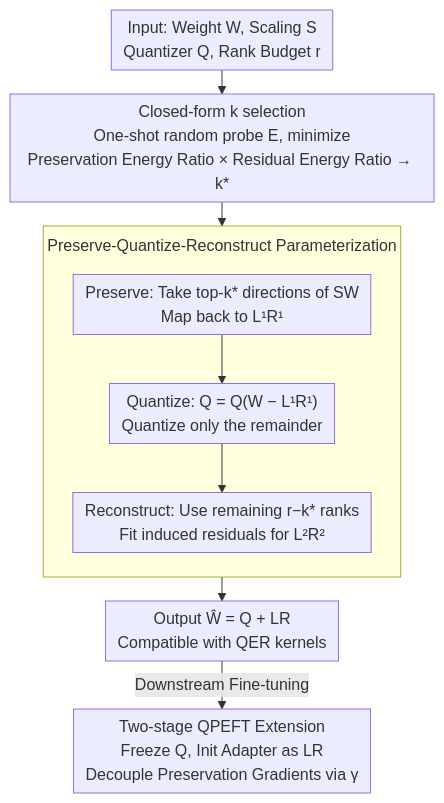
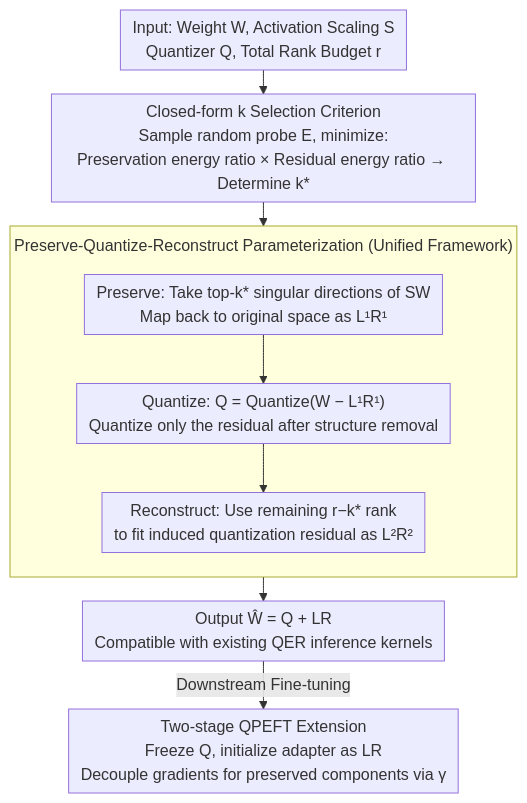
The diagram in docs/ICML2026/model_compression/preserve-then-quantize_balancing_rank_budgets_for_quantization_error_reconstruct.md (zhaoyang97/Paper-Notes-en), drawn with Mermaid before and after one commit. The commit also changed other lines of this file and 5084 other files, not shown here.

````diff
--- a/docs/ICML2026/model_compression/preserve-then-quantize_balancing_rank_budgets_for_quantization_error_reconstruct.md
+++ b/docs/ICML2026/model_compression/preserve-then-quantize_balancing_rank_budgets_for_quantization_error_reconstruct.md
@@ -44,13 +44,13 @@
 ```mermaid
 %%{init: {'flowchart': {'rankSpacing': 24, 'nodeSpacing': 28, 'padding': 6, 'wrappingWidth': 400, 'subGraphTitleMargin': {'top': 8, 'bottom': 16}}}}%%
 flowchart TD
-    A["Input: Weight W, Scaling S<br/>Quantizer Q, Rank Budget r"] --> B["Closed-form k selection<br/>One-shot random probe E, minimize<br/>Preservation Energy Ratio × Residual Energy Ratio → k*"]
+    A["Input: Weight W, Activation Scaling S<br/>Quantizer Q, Total Rank Budget r"] --> B["Closed-form k Selection Criterion<br/>Sample random probe E, minimize:<br/>Preservation energy ratio × Residual energy ratio → Determine k*"]
     B --> C
-    subgraph C["Preserve-Quantize-Reconstruct Parameterization"]
+    subgraph C["Preserve-Quantize-Reconstruct Parameterization (Unified Framework)"]
         direction TB
-        C1["Preserve: Take top-k* directions of SW<br/>Map back to L¹R¹"] --> C2["Quantize: Q = Q(W − L¹R¹)<br/>Quantize only the remainder"]
-        C2 --> C3["Reconstruct: Use remaining r−k* ranks<br/>Fit induced residuals for L²R²"]
+        C1["Preserve: Take top-k* singular directions of SW<br/>Map back to original space as L¹R¹"] --> C2["Quantize: Q = Quantize(W − L¹R¹)<br/>Quantize only the residual after structure removal"]
+        C2 --> C3["Reconstruct: Use remaining r−k* rank<br/>to fit induced quantization residual as L²R²"]
     end
-    C --> D["Output Ŵ = Q + LR<br/>Compatible with QER kernels"]
-    D -->|Downstream Fine-tuning| E["Two-stage QPEFT Extension<br/>Freeze Q, Init Adapter as LR<br/>Decouple Preservation Gradients via γ"]
+    C --> D["Output Ŵ = Q + LR<br/>Compatible with existing QER inference kernels"]
+    D -->|Downstream Fine-tuning| E["Two-stage QPEFT Extension<br/>Freeze Q, initialize adapter as LR<br/>Decouple gradients for preserved components via γ"]
 ```
````
